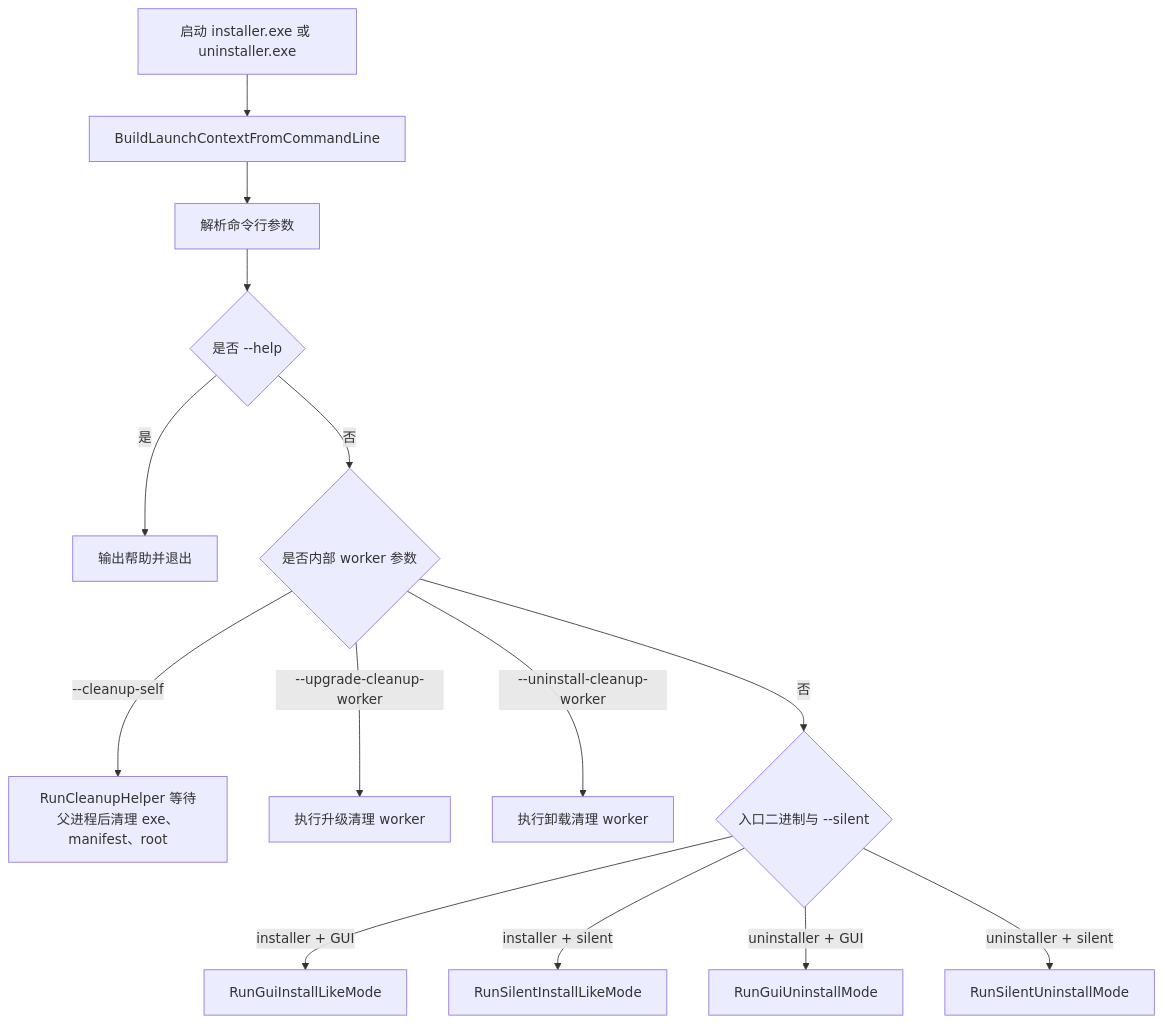
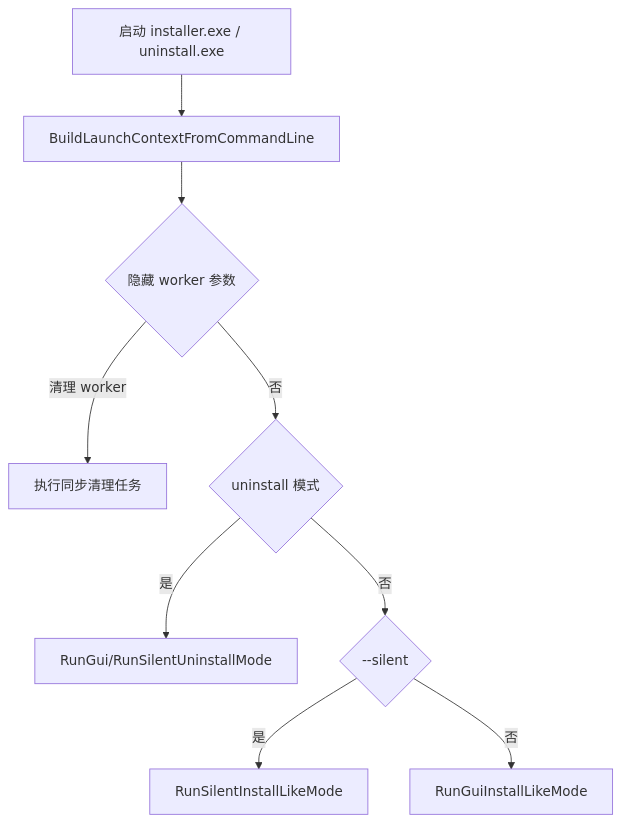
Before and after one commit to lu020218/Multi-Threaded_Installer: the first of 7 diagrams in docs/安装器流程图.md, drawn with Mermaid. The commit also changed other lines of this file and 63 other files, not shown here.

````diff
--- a/docs/安装器流程图.md
+++ b/docs/安装器流程图.md
@@ -14,16 +7,11 @@
 ```mermaid
 flowchart TD
-    A["启动 installer.exe 或 uninstaller.exe"] --> B["BuildLaunchContextFromCommandLine"]
-    B --> C["解析命令行参数"]
-    C --> D{"是否 --help"}
-    D -->|是| D1["输出帮助并退出"]
-    D -->|否| E{"是否内部 worker 参数"}
-    E -->|--cleanup-self| E1["RunCleanupHelper 等待父进程后清理 exe、manifest、root"]
-    E -->|--upgrade-cleanup-worker| E2["执行升级清理 worker"]
-    E -->|--uninstall-cleanup-worker| E4["执行卸载清理 worker"]
-    E -->|否| F{"入口二进制与 --silent"}
-    F -->|installer + GUI| G["RunGuiInstallLikeMode"]
-    F -->|installer + silent| H["RunSilentInstallLikeMode"]
-    F -->|uninstaller + GUI| I["RunGuiUninstallMode"]
-    F -->|uninstaller + silent| J["RunSilentUninstallMode"]
+    A["启动 installer.exe / uninstall.exe"] --> B["BuildLaunchContextFromCommandLine"]
+    B --> C{"隐藏 worker 参数"}
+    C -->|清理 worker| C1["执行同步清理任务"]
+    C -->|否| D{"uninstall 模式"}
+    D -->|是| E["RunGui/RunSilentUninstallMode"]
+    D -->|否| F{"--silent"}
+    F -->|是| F1["RunSilentInstallLikeMode"]
+    F -->|否| F2["RunGuiInstallLikeMode"]
 ```
````
